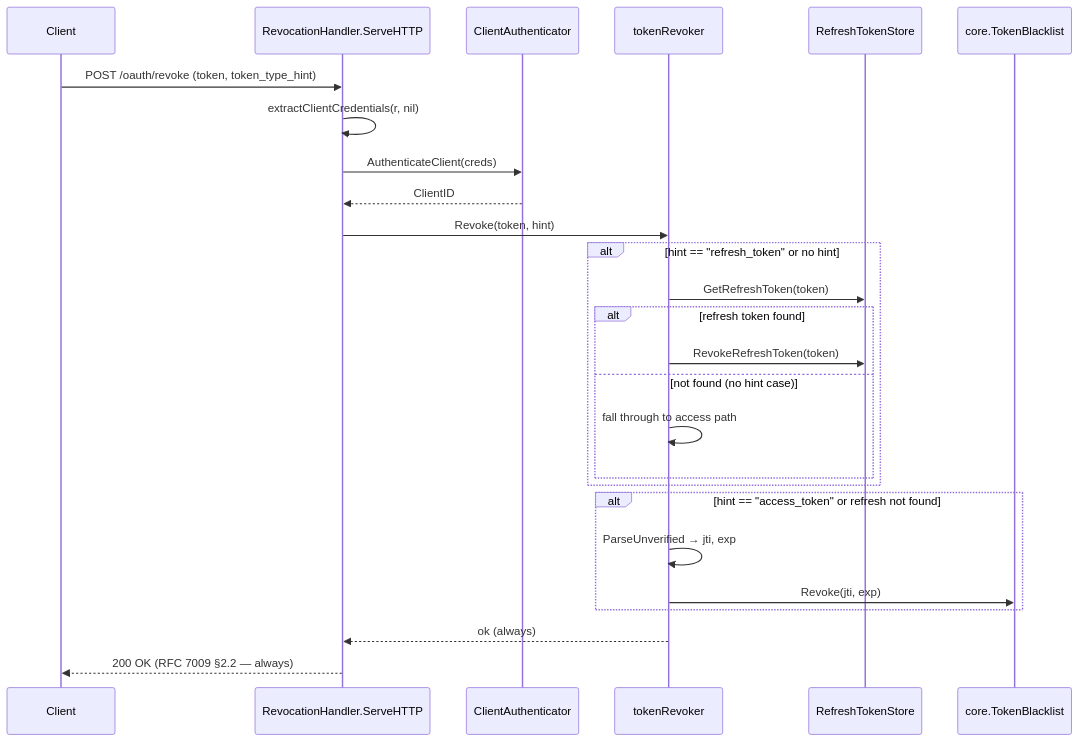
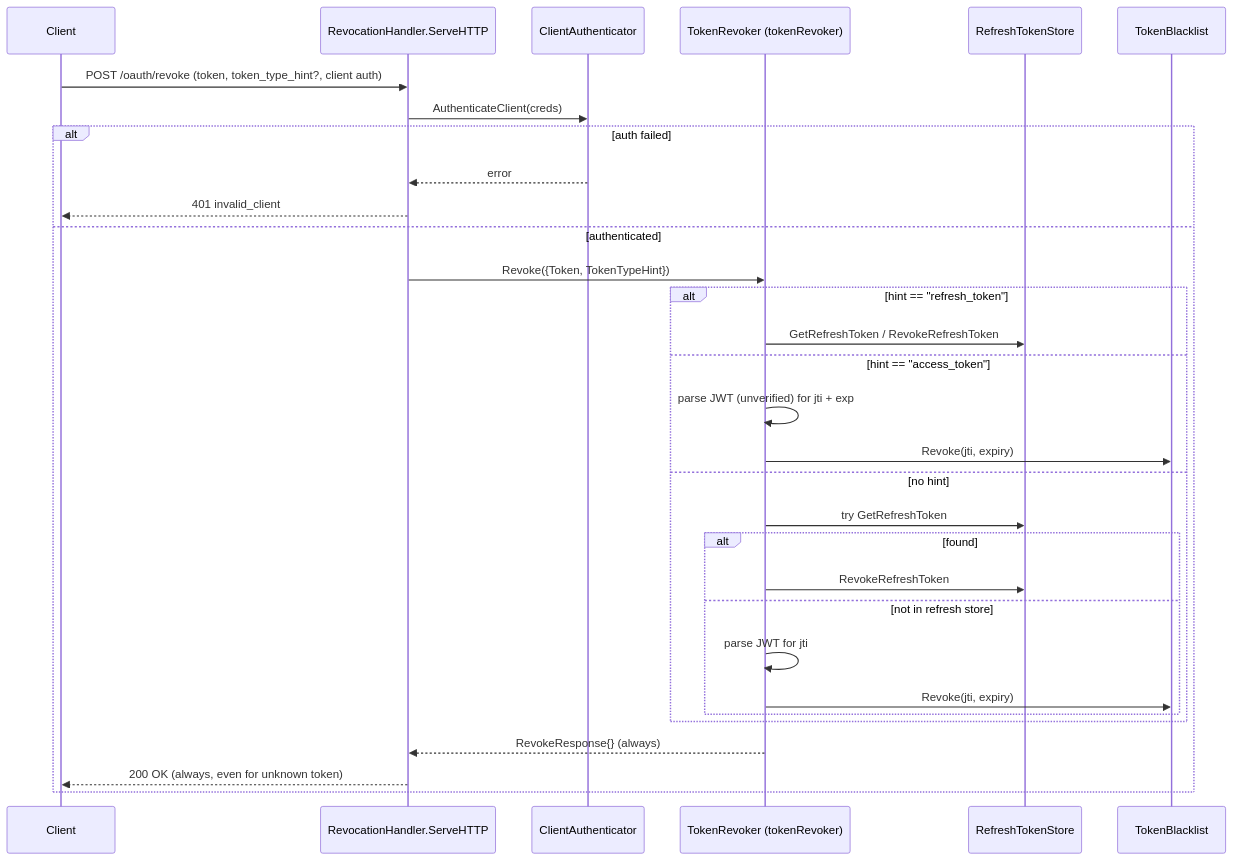
The fifth of 5 diagrams in apiauth/DESIGN.md (panyam/oneauth), drawn with Mermaid before and after one commit. The commit also changed other lines of this file and 38 other files, not shown here.

````diff
--- a/apiauth/DESIGN.md
+++ b/apiauth/DESIGN.md
@@ -210,29 +220,33 @@
 ```mermaid
 sequenceDiagram
-    participant Client
-    participant RH as RevocationHandler.ServeHTTP
-    participant CA as ClientAuthenticator
-    participant TR as tokenRevoker
-    participant RTS as RefreshTokenStore
-    participant BL as core.TokenBlacklist
-
-    Client->>RH: POST /oauth/revoke (token, token_type_hint)
-    RH->>RH: extractClientCredentials(r, nil)
-    RH->>CA: AuthenticateClient(creds)
-    CA-->>RH: ClientID
-    RH->>TR: Revoke(token, hint)
-    alt hint == "refresh_token" or no hint
-        TR->>RTS: GetRefreshToken(token)
-        alt refresh token found
-            TR->>RTS: RevokeRefreshToken(token)
-        else not found (no hint case)
-            TR->>TR: fall through to access path
+    participant C as Client
+    participant H as RevocationHandler.ServeHTTP
+    participant A as ClientAuthenticator
+    participant R as TokenRevoker (tokenRevoker)
+    participant RS as RefreshTokenStore
+    participant BL as TokenBlacklist
+    C->>H: POST /oauth/revoke (token, token_type_hint?, client auth)
+    H->>A: AuthenticateClient(creds)
+    alt auth failed
+        A-->>H: error
+        H-->>C: 401 invalid_client
+    else authenticated
+        H->>R: Revoke({Token, TokenTypeHint})
+        alt hint == "refresh_token"
+            R->>RS: GetRefreshToken / RevokeRefreshToken
+        else hint == "access_token"
+            R->>R: parse JWT (unverified) for jti + exp
+            R->>BL: Revoke(jti, expiry)
+        else no hint
+            R->>RS: try GetRefreshToken
+            alt found
+                R->>RS: RevokeRefreshToken
+            else not in refresh store
+                R->>R: parse JWT for jti
+                R->>BL: Revoke(jti, expiry)
+            end
         end
+        R-->>H: RevokeResponse{} (always)
+        H-->>C: 200 OK (always, even for unknown token)
     end
-    alt hint == "access_token" or refresh not found
-        TR->>TR: ParseUnverified → jti, exp
-        TR->>BL: Revoke(jti, exp)
-    end
-    TR-->>RH: ok (always)
-    RH-->>Client: 200 OK (RFC 7009 §2.2 — always)
 ```
````
